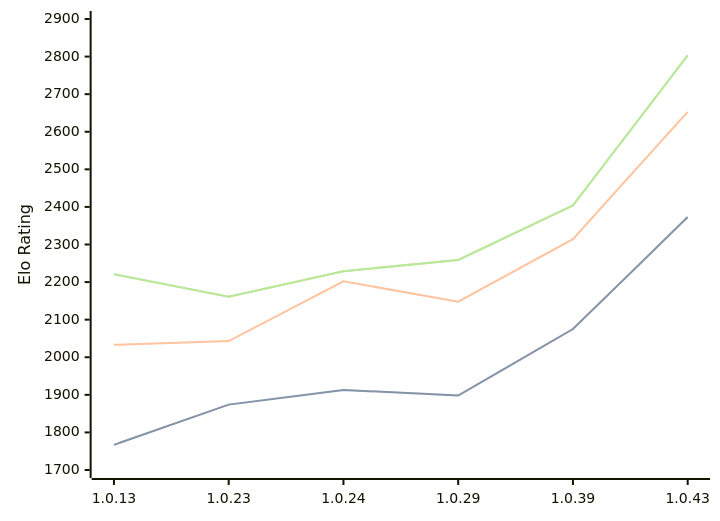
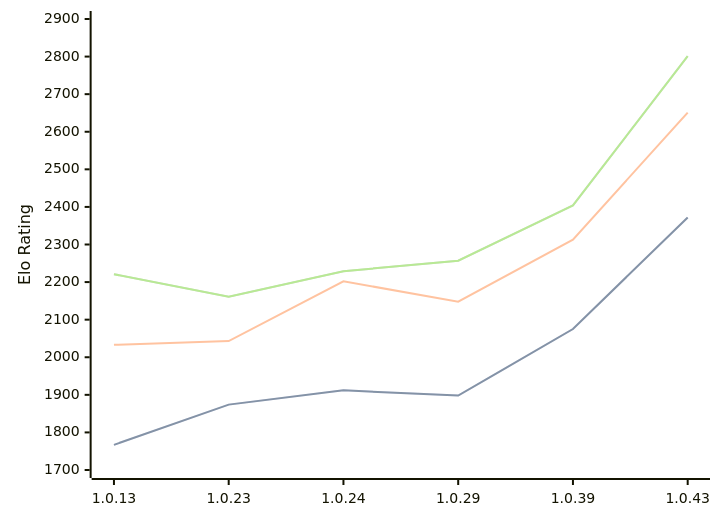
One commit to computer-chess-index/cci changed the diagram in engines/RustyRival.md. Above: the diagram before and after it, drawn with Mermaid. The commit also changed other lines of this file, not shown here.

Commit message:
Update CCI Ratings (ELO VLTC) - 2026-06-10

````diff
--- a/engines/RustyRival.md
+++ b/engines/RustyRival.md
@@ -68,11 +68,11 @@
 ```mermaid
 %%{init: {"theme":"base","themeVariables":{"seriesColors:['#a3a3a3','#222221','#faa371']}}}%%
 xychart-beta
   x-axis ["1.0.13", "1.0.23", "1.0.24", "1.0.29", "1.0.39", "1.0.43"]
   y-axis "Elo Rating" 1700 --> 2900
-  line "STC (8.0+0.08s)" [1767, 1874, 1913, 1898, 2075, 2373]
-  line "STC (8.0+0.08s)" [1767, 1874, 1913, 1898, 2075, 2373]
-  line "LTC (60.0+0.60s)" [2033, 2043, 2202, 2148, 2314, 2653]
-  line "VLTC (2m24s+1.12s)" [2221, 2161, 2229, 2259, 2404, 2803]
-  line "VLTC (2m24s+1.12s)" [2221, 2161, 2229, 2259, 2404, 2803]
+  line "STC (8.0+0.08s)" [1767, 1874, 1912, 1898, 2075, 2372]
+  line "STC (8.0+0.08s)" [1767, 1874, 1912, 1898, 2075, 2372]
+  line "LTC (60.0+0.60s)" [2033, 2043, 2202, 2148, 2313, 2651]
+  line "VLTC (2m24s+1.12s)" [2221, 2161, 2229, 2257, 2404, 2801]
+  line "VLTC (2m24s+1.12s)" [2221, 2161, 2229, 2257, 2404, 2801]
 ```
````
